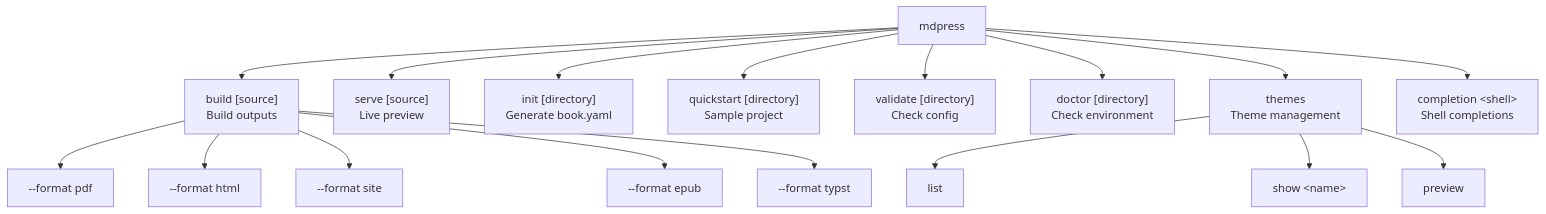
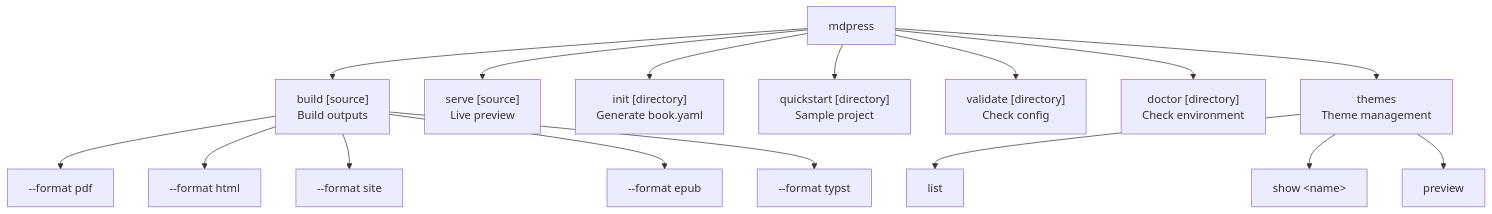
The first of 2 diagrams in docs/COMMANDS.md (yeasy/mdPress), drawn with Mermaid before and after one commit. The commit also changed other lines of this file, not shown here.

````diff
--- a/docs/COMMANDS.md
+++ b/docs/COMMANDS.md
@@ -9,23 +9,22 @@
 ```mermaid
 flowchart TD
     root["mdpress"]
 
     root --> build["build [source]<br/>Build outputs"]
     root --> serve["serve [source]<br/>Live preview"]
     root --> init["init [directory]<br/>Generate book.yaml"]
     root --> quickstart["quickstart [directory]<br/>Sample project"]
     root --> validate["validate [directory]<br/>Check config"]
     root --> doctor["doctor [directory]<br/>Check environment"]
     root --> themes["themes<br/>Theme management"]
-    root --> completion["completion &lt;shell&gt;<br/>Shell completions"]
 
     themes --> list["list"]
     themes --> show["show &lt;name&gt;"]
     themes --> preview["preview"]
 
     build --> pdf["--format pdf"]
     build --> html["--format html"]
     build --> site["--format site"]
     build --> epub["--format epub"]
     build --> typst["--format typst"]
 ```
````
